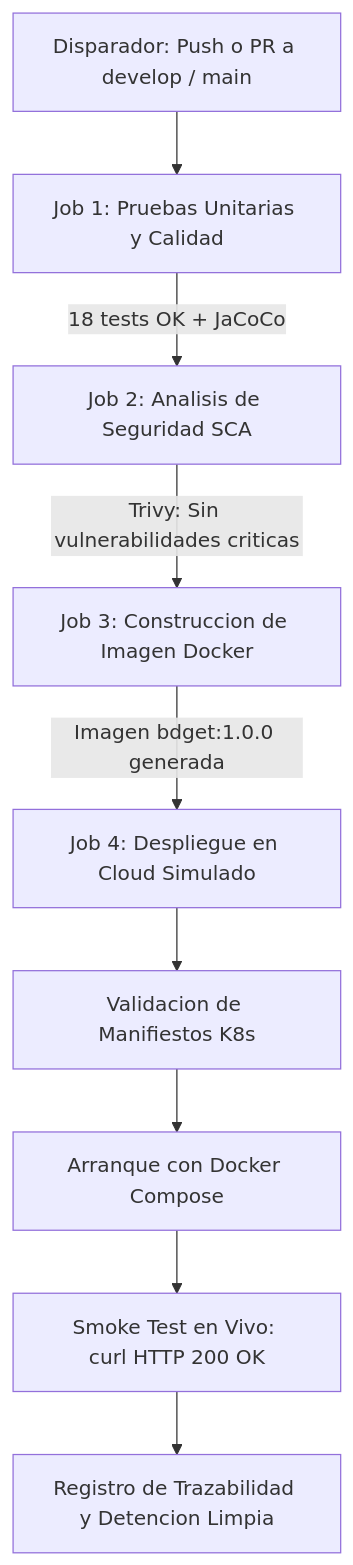
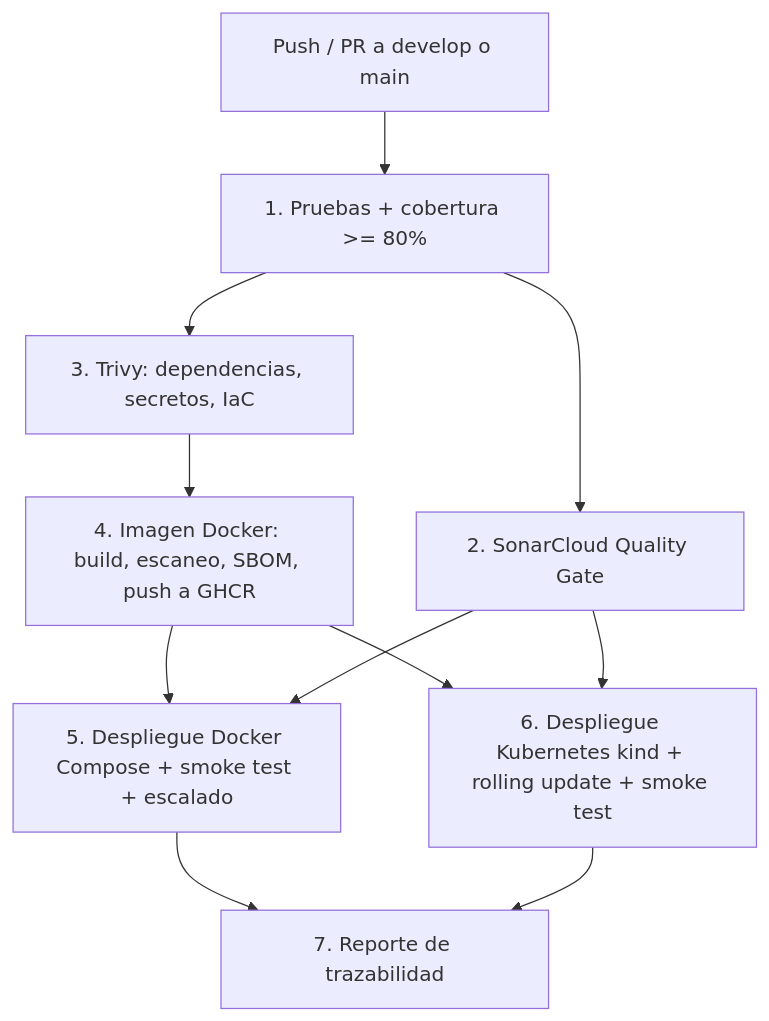
One commit to Miichellee1/DevOps-Wisdom- changed the second of 2 diagrams in README.md. Above: the diagram before and after it, drawn with Mermaid. The commit also changed other lines of this file, not shown here.

Commit message:
docs: documenta pipeline, trazabilidad, politicas de calidad y configuracion de SonarCloud

````diff
--- a/README.md
+++ b/README.md
@@ -148,11 +204,13 @@
 ```mermaid
 graph TD
-    A[Disparador: Push o PR a develop / main] --> B[Job 1: Pruebas Unitarias y Calidad]
-    B -->|18 tests OK + JaCoCo| C[Job 2: Analisis de Seguridad SCA]
-    C -->|Trivy: Sin vulnerabilidades criticas| D[Job 3: Construccion de Imagen Docker]
-    D -->|Imagen bdget:1.0.0 generada| E[Job 4: Despliegue en Cloud Simulado]
-    E --> F[Validacion de Manifiestos K8s]
-    F --> G[Arranque con Docker Compose]
-    G --> H[Smoke Test en Vivo: curl HTTP 200 OK]
-    H --> I[Registro de Trazabilidad y Detencion Limpia]
+    T[Push / PR a develop o main] --> B[1. Pruebas + cobertura >= 80%]
+    B --> S[2. SonarCloud Quality Gate]
+    B --> V[3. Trivy: dependencias, secretos, IaC]
+    V --> I[4. Imagen Docker: build, escaneo, SBOM, push a GHCR]
+    I --> C[5. Despliegue Docker Compose + smoke test + escalado]
+    S --> C
+    I --> K[6. Despliegue Kubernetes kind + rolling update + smoke test]
+    S --> K
+    C --> R[7. Reporte de trazabilidad]
+    K --> R
 ```
````
